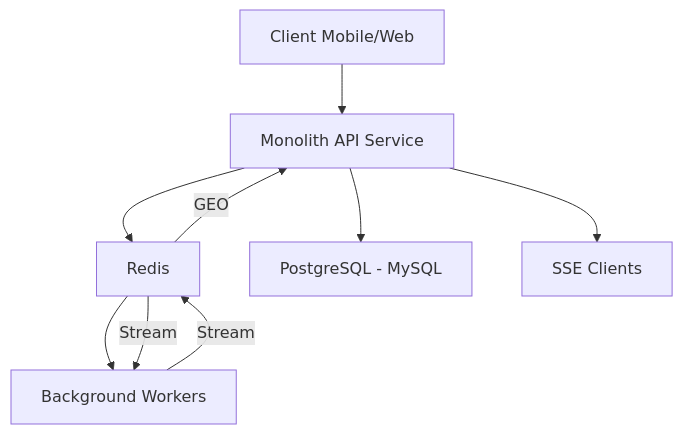
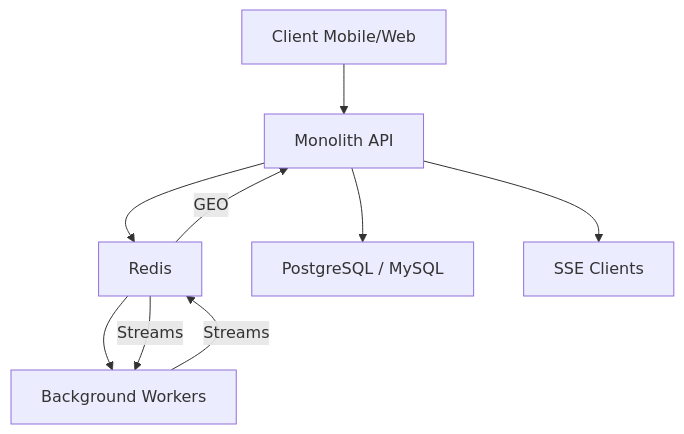
One commit to hdwix/neb-lite changed the first of 5 diagrams in README.md. Above: the diagram before and after it, drawn with Mermaid. The commit also changed other lines of this file, not shown here.

Commit message:
Clarify README module flows

```diff
--- a/README.md
+++ b/README.md
@@ -49,11 +14,11 @@
 :::mermaid
 graph TD
-  A[Client Mobile/Web] --> B[Monolith API Service]
+  A[Client Mobile/Web] --> B[Monolith API]
   B --> C[Redis]
-  B --> D[PostgreSQL - MySQL]
+  B --> D[PostgreSQL / MySQL]
   C --> E[Background Workers]
   C -->|GEO| B
-  C -->|Stream| E
-  E -->|Stream| C
+  C -->|Streams| E
+  E -->|Streams| C
   B --> F[SSE Clients]
 :::
```
